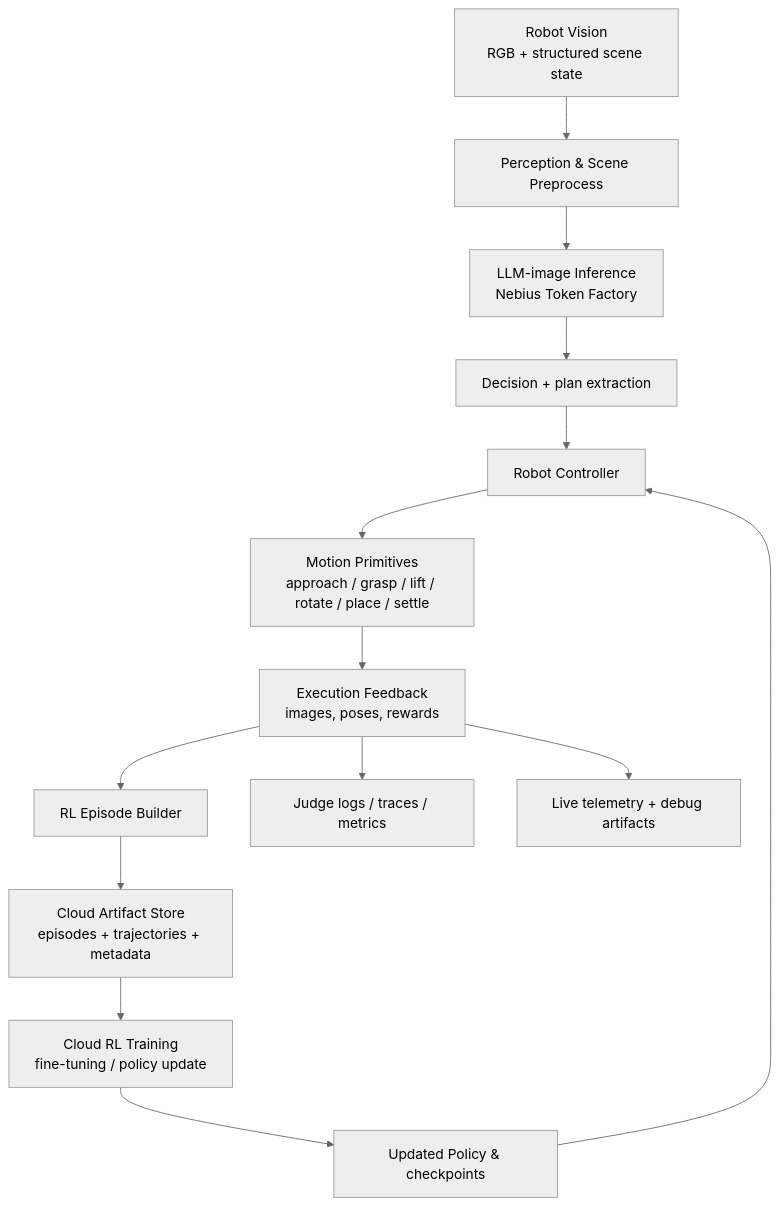
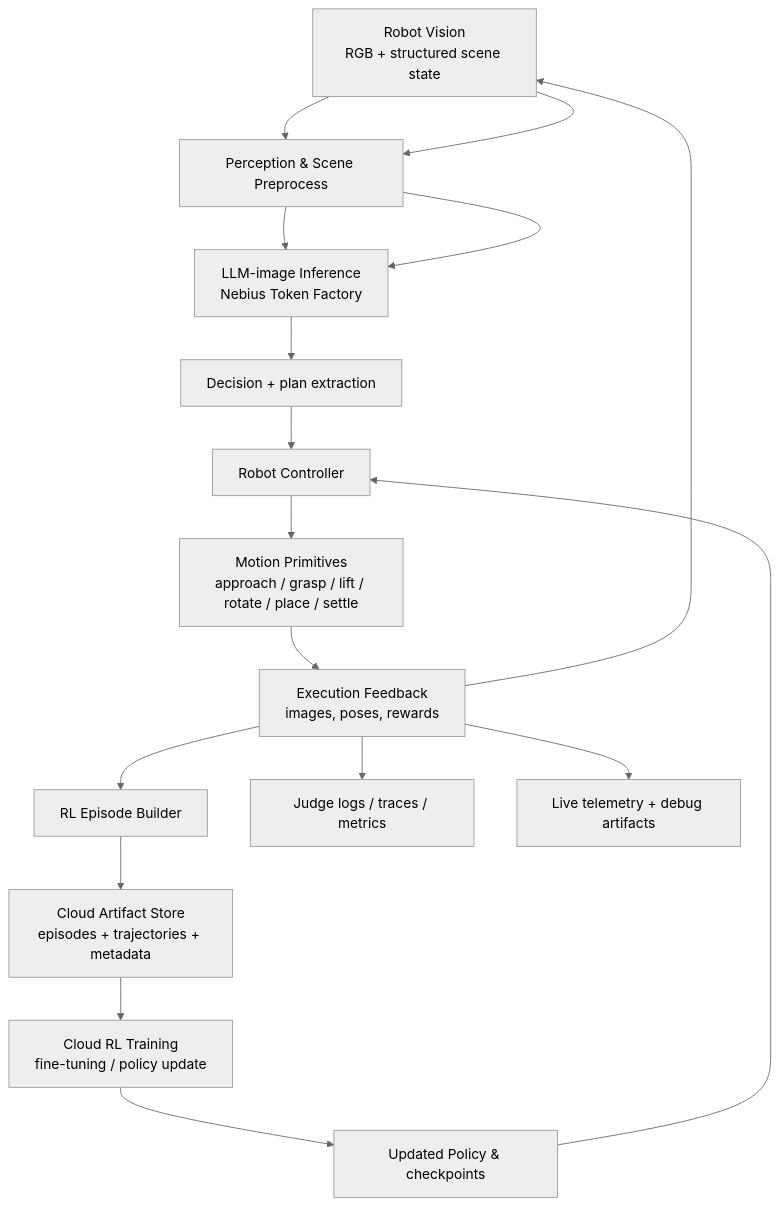
One commit to kirilligum/rOCDbot-cerebral-valley-hackathon-260315 changed the second of 2 diagrams in README.md. Above: the diagram before and after it, drawn with Mermaid (neutral theme). The commit also changed other lines of this file and 1 other file, not shown here.

Commit message:
chore: Add firebase debug log and RL traces to gitignore and README

````diff
--- a/README.md
+++ b/README.md
@@ -141,16 +141,19 @@
 ```mermaid
 flowchart TD
     V[Robot Vision<br/>RGB + structured scene state] --> P[Perception & Scene Preprocess]
     P --> I[LLM-image Inference<br/>Nebius Token Factory]
     I --> D[Decision + plan extraction]
     D --> R[Robot Controller]
     R --> M[Motion Primitives<br/>approach / grasp / lift / rotate / place / settle]
     M --> C[Execution Feedback<br/>images, poses, rewards]
+    C --> V
+    V --> P
+    P --> I
     C --> A[RL Episode Builder]
     A --> S[Cloud Artifact Store<br/>episodes + trajectories + metadata]
     S --> T[Cloud RL Training<br/>fine-tuning / policy update]
     T --> U[Updated Policy & checkpoints]
     U --> R
     C --> L[Judge logs / traces / metrics]
     C --> J[Live telemetry + debug artifacts]
 ```
````
